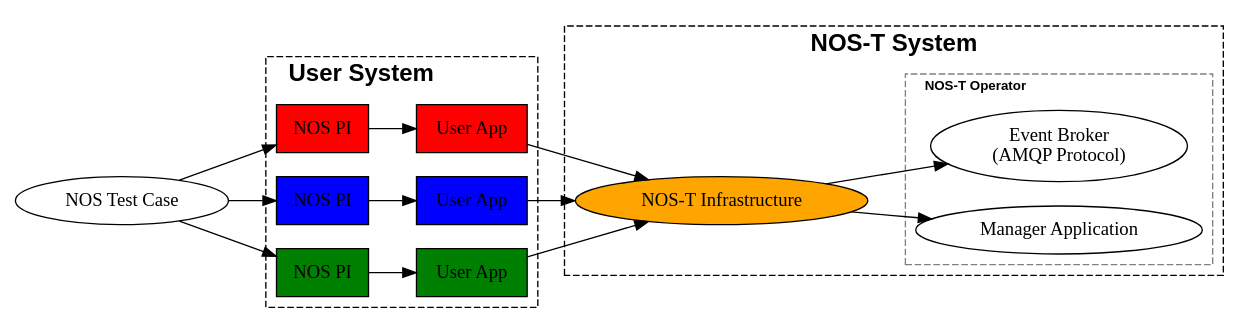
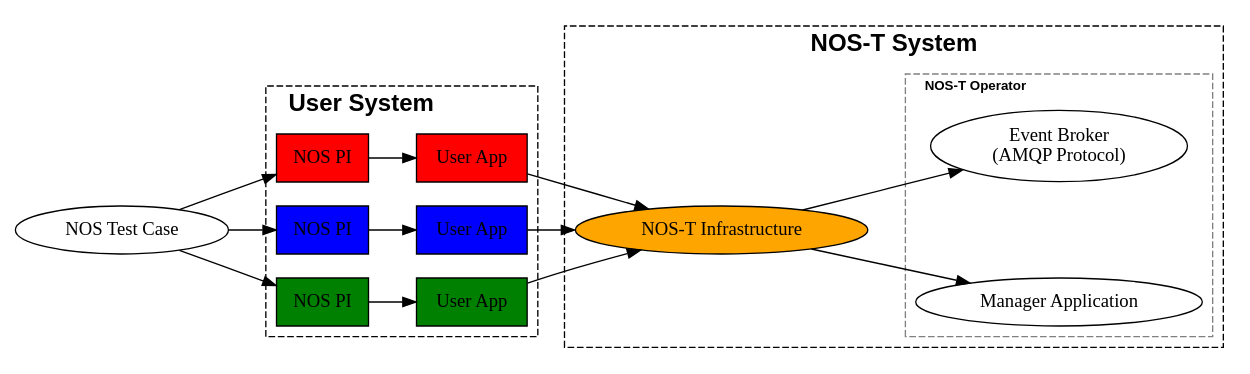
The second of 2 diagrams in docs/source/overview/index.rst (code-lab-org/nost-tools), drawn with Graphviz before and after one commit.

Commit message:
improve graphic

```diff
--- a/docs/source/overview/index.rst
+++ b/docs/source/overview/index.rst
@@ -102,64 +102,65 @@
 .. graphviz::
    :name: nos_t_concept
    :caption: NOS-T Graphical Concept: Visual representation of the testbed architecture and operational flow
    :align: center
 
    digraph NOST_concept {
       rankdir=LR;
       
       subgraph cluster0 {
          style=dashed;
          label="User System";
          labeljust="l";
          fontsize=18;
          fontname="Helvetica-Bold";
          
          PI1 [label="NOS PI", shape=rect, style=filled, fillcolor=red];
          PI2 [label="NOS PI", shape=rect, style=filled, fillcolor=blue];
          PI3 [label="NOS PI", shape=rect, style=filled, fillcolor=green];
          
          UserApp1 [label="User App", shape=rect, style=filled, fillcolor=red];
          UserApp2 [label="User App", shape=rect, style=filled, fillcolor=blue];
          UserApp3 [label="User App", shape=rect, style=filled, fillcolor=green];
       }
       
       TestCase [label="NOS Test Case", shape=oval];
       TestCase -> PI1;
       TestCase -> PI2;
       TestCase -> PI3;
       
       PI1 -> UserApp1;
       PI2 -> UserApp2;
       PI3 -> UserApp3;
       
       subgraph cluster1 {
          style=dashed;
          label="NOS-T System";
          // labeljust="l";
          fontsize=18;
          fontname="Helvetica-Bold";
          
-         // Fill [style=invis]
+         Fill1 [style=invis]
          NOSTInfrastructure [label="NOS-T Infrastructure", shape=oval, style=filled, fillcolor=orange];
+         Fill2 [style=invis]
          
          subgraph cluster2 {
                style=dashed;
                color=grey;
                labeljust="l";
                fontsize=10;
                label="NOS-T Operator";
                
                EventBroker [label="Event Broker\n(AMQP Protocol)"];
-               // Fill [style=invis];
+               Fill [style=invis];
                ManagerApplication [label="Manager Application"];
          }
       }
       
       UserApp1 -> NOSTInfrastructure;
       UserApp2 -> NOSTInfrastructure;
       UserApp3 -> NOSTInfrastructure;
       
       NOSTInfrastructure -> EventBroker;
-      // NOSTInfrastructure -> Fill [style=invis];
+      NOSTInfrastructure -> Fill [style=invis];
       NOSTInfrastructure -> ManagerApplication;
    }
```
